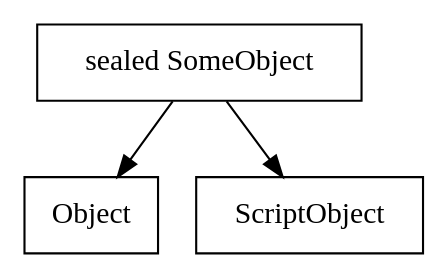
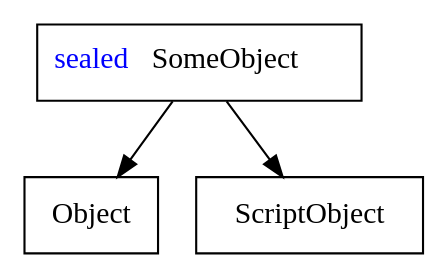
Before and after one commit to kp2pml30/bachelor-thesis: the diagram in res/dot/statically-typed-tree.dot, drawn with Graphviz. The commit also changed 2 other files, not shown here.

```diff
--- a/res/dot/statically-typed-tree.dot
+++ b/res/dot/statically-typed-tree.dot
@@ -1,6 +1,6 @@
 digraph G {
 	node [shape=rect];
-	SomeObject [label="sealed SomeObject"];
+	SomeObject [label=<<font color="blue">sealed</font> SomeObject>];
 	SomeObject -> Object;
 	SomeObject -> ScriptObject;
 }
```
